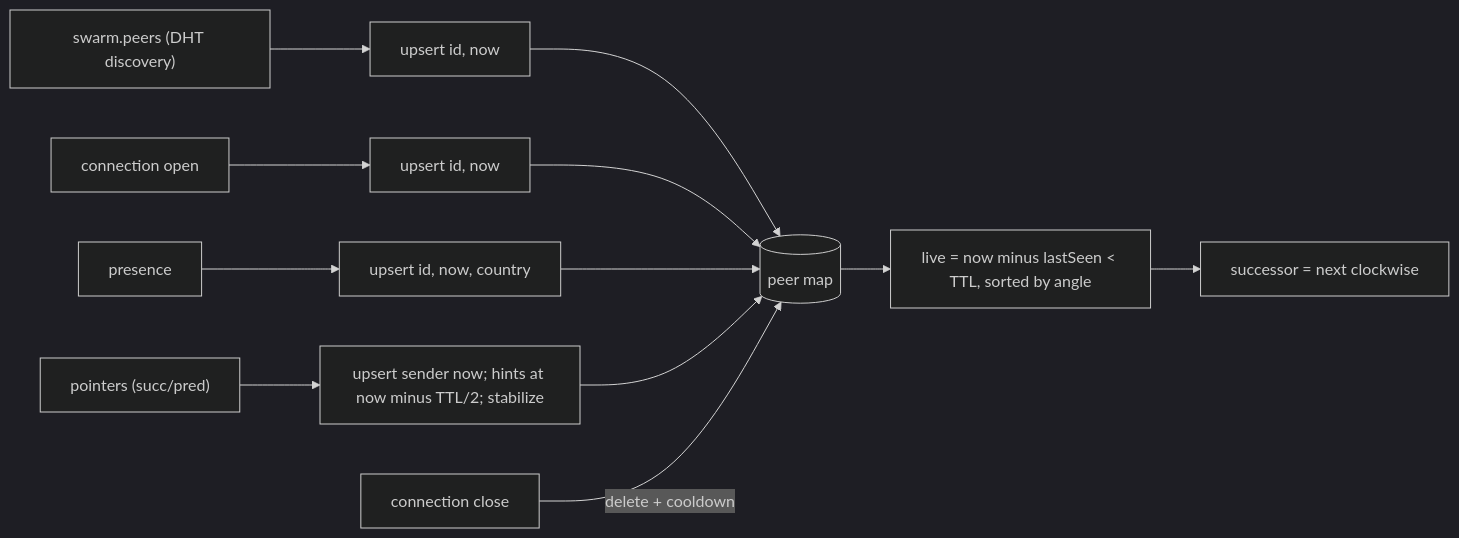
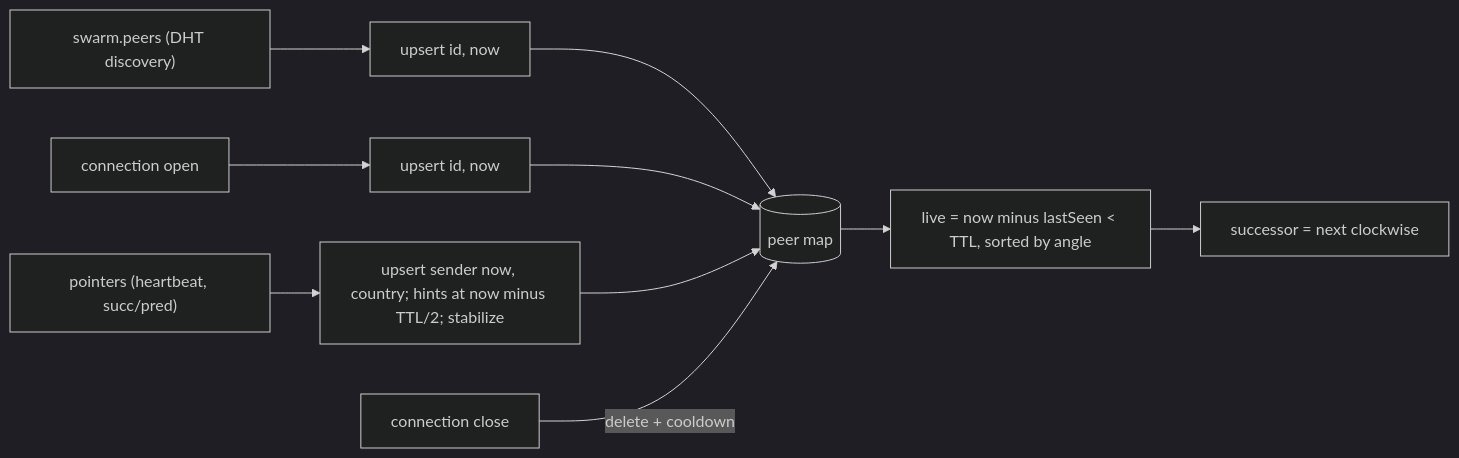
Before and after one commit to mnaamani/hyper-wave: the second of 7 diagrams in docs/protocol.md, drawn with Mermaid (dark theme). The commit also changed other lines of this file and 10 other files, not shown here.

First line of the commit message:
refactor: shared fees module, verifyBurn cleanup, pointers-heartbeat merge

````diff
--- a/docs/protocol.md
+++ b/docs/protocol.md
@@ -208,14 +209,12 @@
 ```mermaid
 flowchart LR
   Dht["swarm.peers (DHT discovery)"] --> U0["upsert id, now"]
   Conn["connection open"] --> U["upsert id, now"]
-  Pres["presence"] --> U2["upsert id, now, country"]
-  Ptr["pointers (succ/pred)"] --> U3["upsert sender now; hints at now minus TTL/2; stabilize"]
+  Ptr["pointers (heartbeat, succ/pred)"] --> U3["upsert sender now, country; hints at now minus TTL/2; stabilize"]
   U0 --> M[("peer map")]
   U --> M
-  U2 --> M
   U3 --> M
   Close["connection close"] -->|delete + cooldown| M
   M --> L["live = now minus lastSeen &lt; TTL, sorted by angle"]
   L --> S["successor = next clockwise"]
 ```
````
